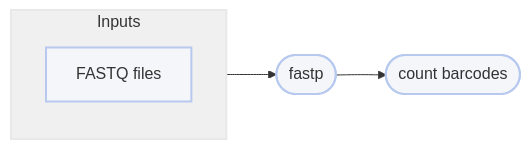
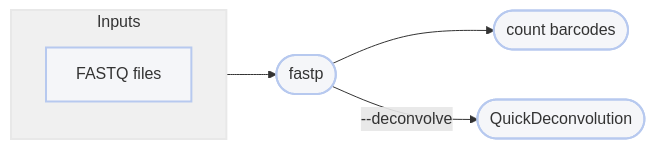
The diagram in Modules/qc.md (pdimens/harpy), drawn with Mermaid before and after one commit. The commit also changed other lines of this file and 17 other files, not shown here.

````diff
--- a/Modules/qc.md
+++ b/Modules/qc.md
@@ -50,10 +58,11 @@
 ```mermaid
 graph LR
     subgraph Inputs
         F[FASTQ files]:::clean
     end
     Inputs-->A:::clean
     A([fastp]) --> B([count barcodes]):::clean
+    A-->|--deconvolve|C([QuickDeconvolution]):::clean
     style Inputs fill:#f0f0f0,stroke:#e8e8e8,stroke-width:2px
     classDef clean fill:#f5f6f9,stroke:#b7c9ef,stroke-width:2px
 ```
````
